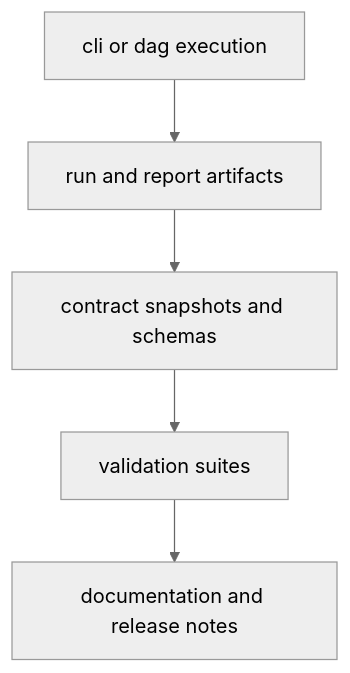
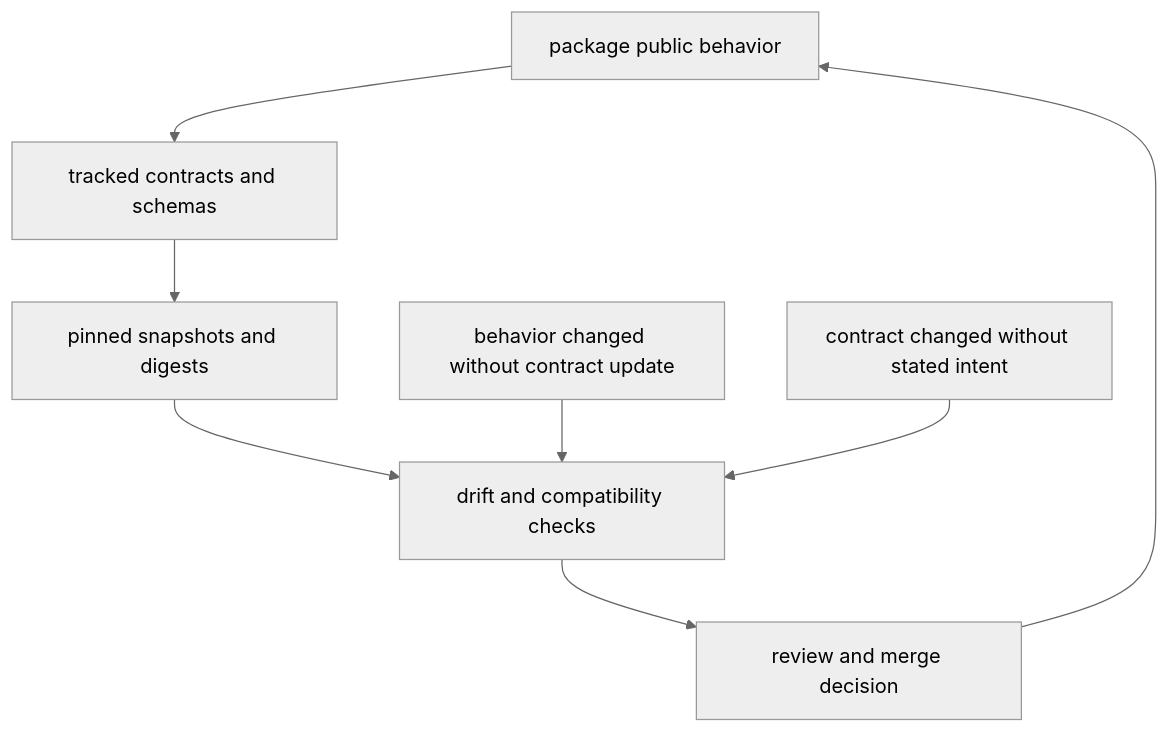
Before and after one commit to bijux/bijux-cli: the diagram in docs/bijux-core/architecture/artifact-and-contract-flow.md, drawn with Mermaid (neutral theme).

Commit message:
docs(bijux-core): reframe artifact and contract flow as synchronization loop

````diff
--- a/docs/bijux-core/architecture/artifact-and-contract-flow.md
+++ b/docs/bijux-core/architecture/artifact-and-contract-flow.md
@@ -17,7 +17,11 @@
 ```mermaid
 flowchart TD
-    execution[cli or dag execution] --> artifacts[run and report artifacts]
-    artifacts --> contracts[contract snapshots and schemas]
-    contracts --> verification[validation suites]
-    verification --> docs[documentation and release notes]
+    behavior[package public behavior] --> contracts[tracked contracts and schemas]
+    contracts --> pinned[pinned snapshots and digests]
+    pinned --> checks[drift and compatibility checks]
+    checks --> review[review and merge decision]
+    review --> behavior
+
+    mismatch_code[behavior changed without contract update] --> checks
+    mismatch_contract[contract changed without stated intent] --> checks
 ```
````
